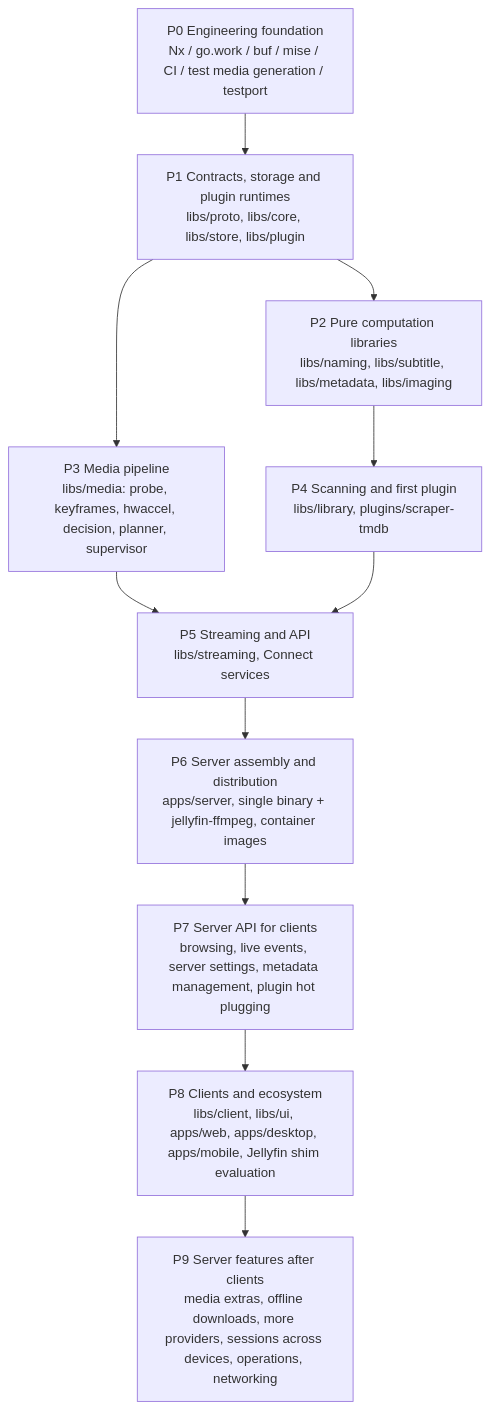
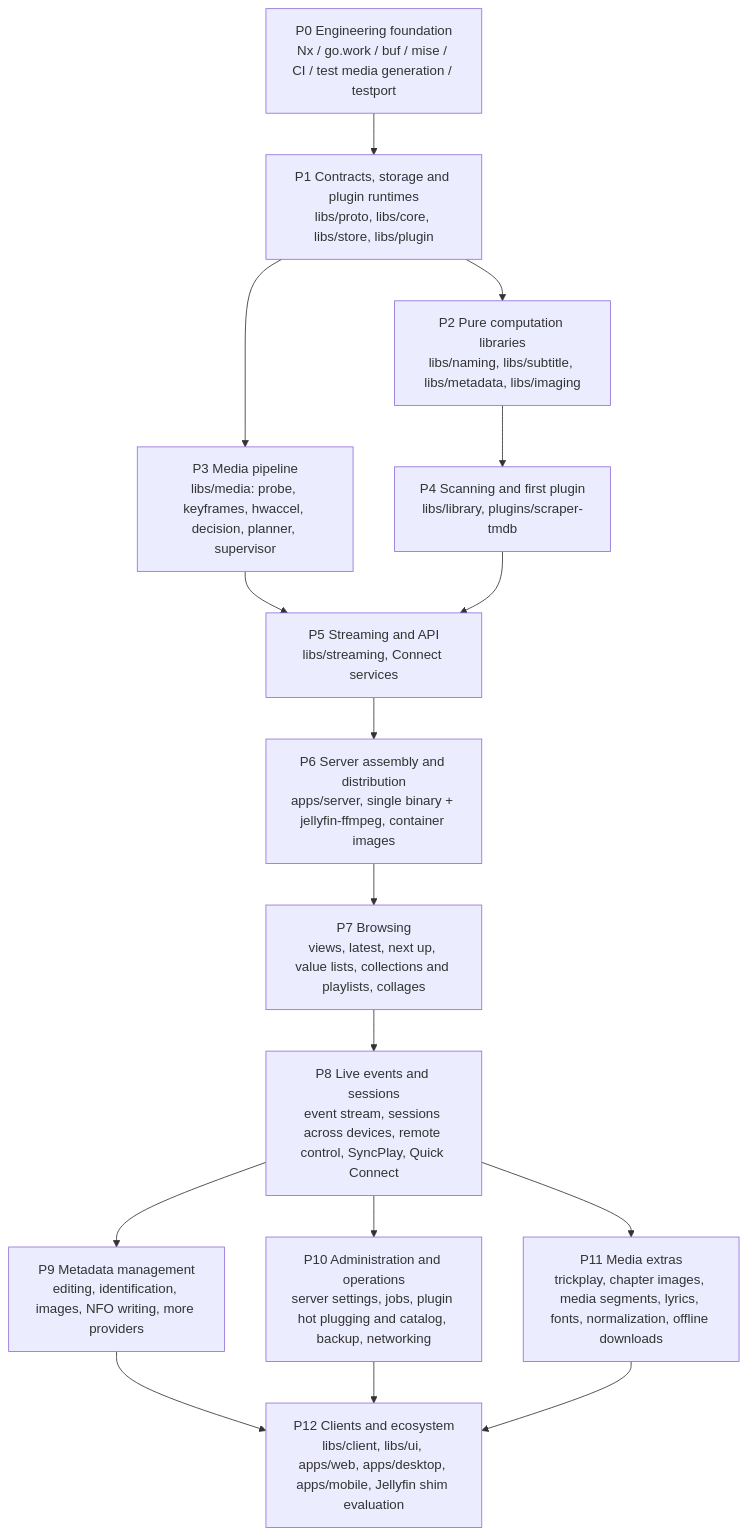
One commit to mavioai/mavio changed the diagram in docs/roadmap.md. Above: the diagram before and after it, drawn with Mermaid. The commit also changed other lines of this file and 1 other file, not shown here.

First line of the commit message:
docs: complete the server in P7 to P11 and build the clients last

````diff
--- a/docs/roadmap.md
+++ b/docs/roadmap.md
@@ -19,24 +20,32 @@
 ```mermaid
 flowchart TD
     P0["P0 Engineering foundation<br/>Nx / go.work / buf / mise / CI / test media generation / testport"]
     P1["P1 Contracts, storage and plugin runtimes<br/>libs/proto, libs/core, libs/store, libs/plugin"]
     P2["P2 Pure computation libraries<br/>libs/naming, libs/subtitle, libs/metadata, libs/imaging"]
     P3["P3 Media pipeline<br/>libs/media: probe, keyframes, hwaccel, decision, planner, supervisor"]
     P4["P4 Scanning and first plugin<br/>libs/library, plugins/scraper-tmdb"]
     P5["P5 Streaming and API<br/>libs/streaming, Connect services"]
     P6["P6 Server assembly and distribution<br/>apps/server, single binary + jellyfin-ffmpeg, container images"]
-    P7["P7 Server API for clients<br/>browsing, live events, server settings, metadata management, plugin hot plugging"]
-    P8["P8 Clients and ecosystem<br/>libs/client, libs/ui, apps/web, apps/desktop, apps/mobile, Jellyfin shim evaluation"]
-    P9["P9 Server features after clients<br/>media extras, offline downloads, more providers, sessions across devices, operations, networking"]
+    P7["P7 Browsing<br/>views, latest, next up, value lists, collections and playlists, collages"]
+    P8["P8 Live events and sessions<br/>event stream, sessions across devices, remote control, SyncPlay, Quick Connect"]
+    P9["P9 Metadata management<br/>editing, identification, images, NFO writing, more providers"]
+    P10["P10 Administration and operations<br/>server settings, jobs, plugin hot plugging and catalog, backup, networking"]
+    P11["P11 Media extras<br/>trickplay, chapter images, media segments, lyrics, fonts, normalization, offline downloads"]
+    P12["P12 Clients and ecosystem<br/>libs/client, libs/ui, apps/web, apps/desktop, apps/mobile, Jellyfin shim evaluation"]
 
     P0 --> P1
     P1 --> P2
     P1 --> P3
     P2 --> P4
     P3 --> P5
     P4 --> P5
     P5 --> P6
     P6 --> P7
     P7 --> P8
     P8 --> P9
+    P8 --> P10
+    P8 --> P11
+    P9 --> P12
+    P10 --> P12
+    P11 --> P12
 ```
````
